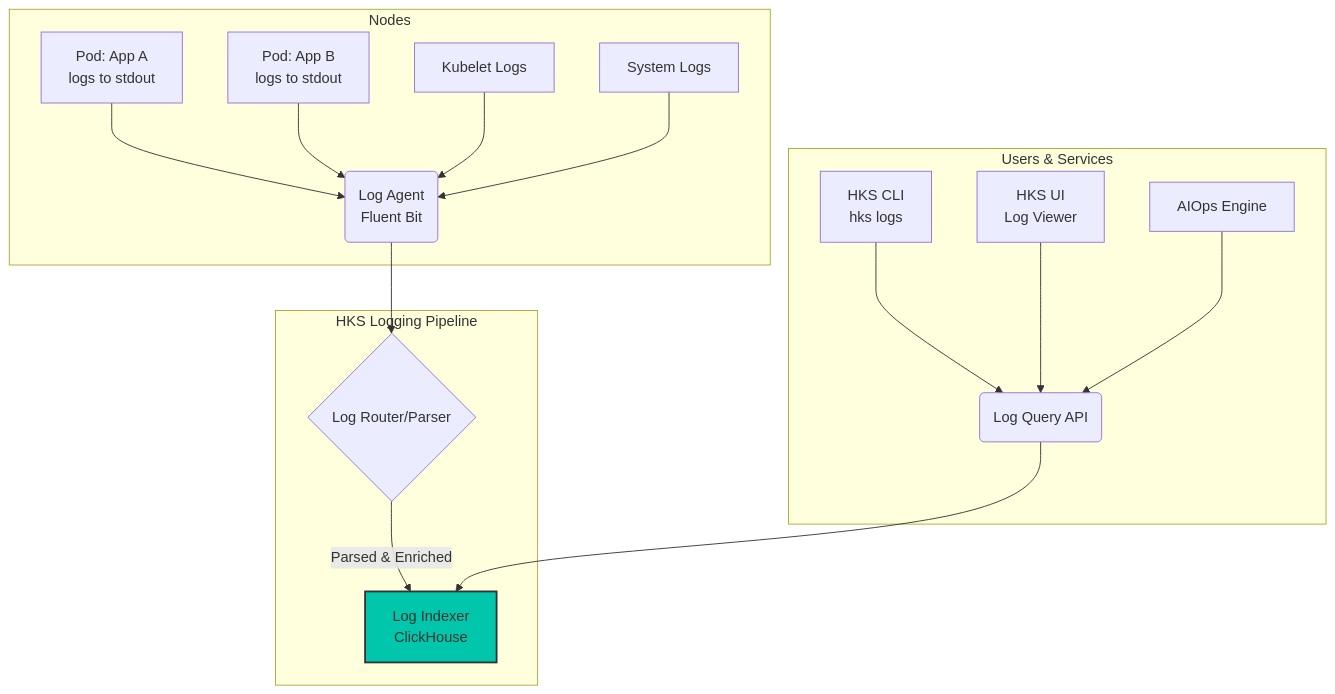
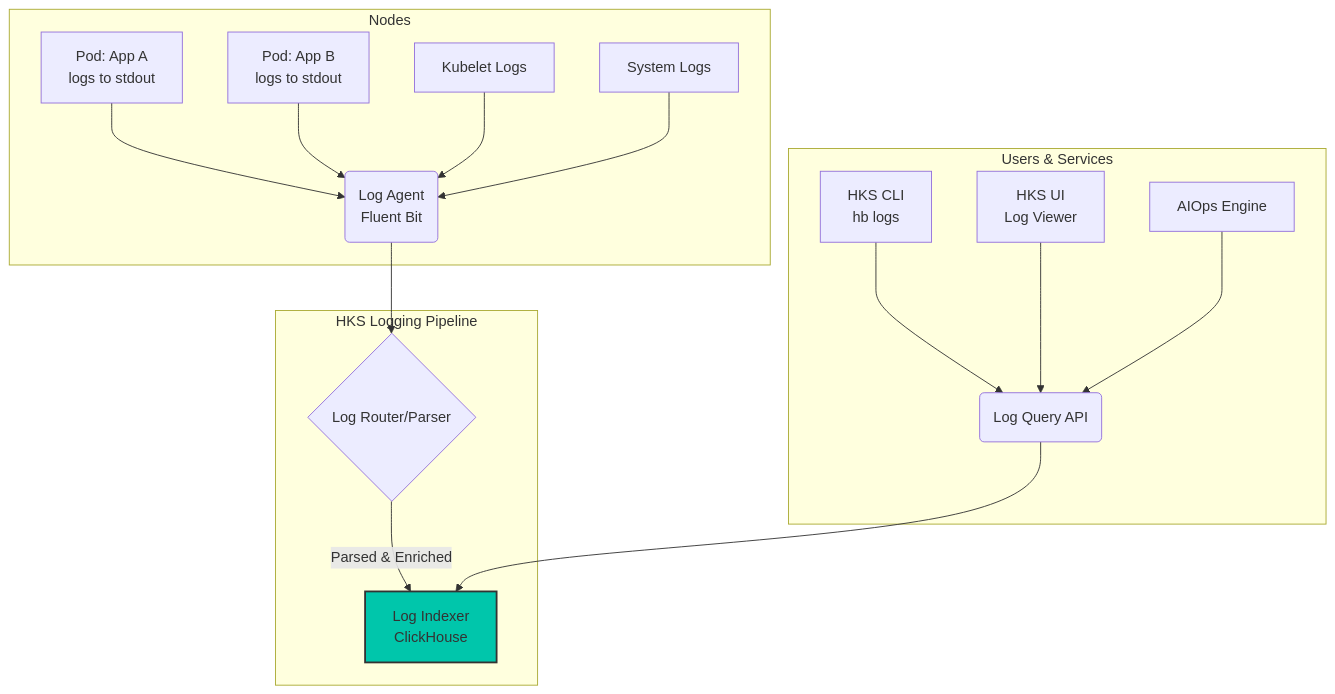
One commit to hexabase/hexabase-ai-docs changed the diagram in docs/observability/logging.md. Above: the diagram before and after it, drawn with Mermaid. The commit also changed other lines of this file and 419 other files, not shown here.

First line of the commit message:
feat: Remove manual API docs, update CLI commands to 'hb', add registry docs

````diff
--- a/docs/observability/logging.md
+++ b/docs/observability/logging.md
@@ -14,24 +14,24 @@
 ```mermaid
 graph TD
     subgraph "Nodes"
         App1[Pod: App A<br>logs to stdout] --> Agent;
         App2[Pod: App B<br>logs to stdout] --> Agent;
         Kubelet[Kubelet Logs] --> Agent;
         Syslog[System Logs] --> Agent;
         Agent(Log Agent<br>Fluent Bit);
     end
 
     subgraph "HKS Logging Pipeline"
         Agent --> Router{Log Router/Parser};
         Router -->|Parsed & Enriched| Indexer[Log Indexer<br>ClickHouse];
     end
 
     subgraph "Users & Services"
-        CLI[HKS CLI<br>hks logs] --> QueryAPI;
+        CLI[HKS CLI<br>hb logs] --> QueryAPI;
         UI[HKS UI<br>Log Viewer] --> QueryAPI;
         AIOps[AIOps Engine] --> QueryAPI;
         QueryAPI(Log Query API)--> Indexer;
     end
 
     style Indexer fill:#00C6AB,stroke:#333,stroke-width:2px
 ```
````
